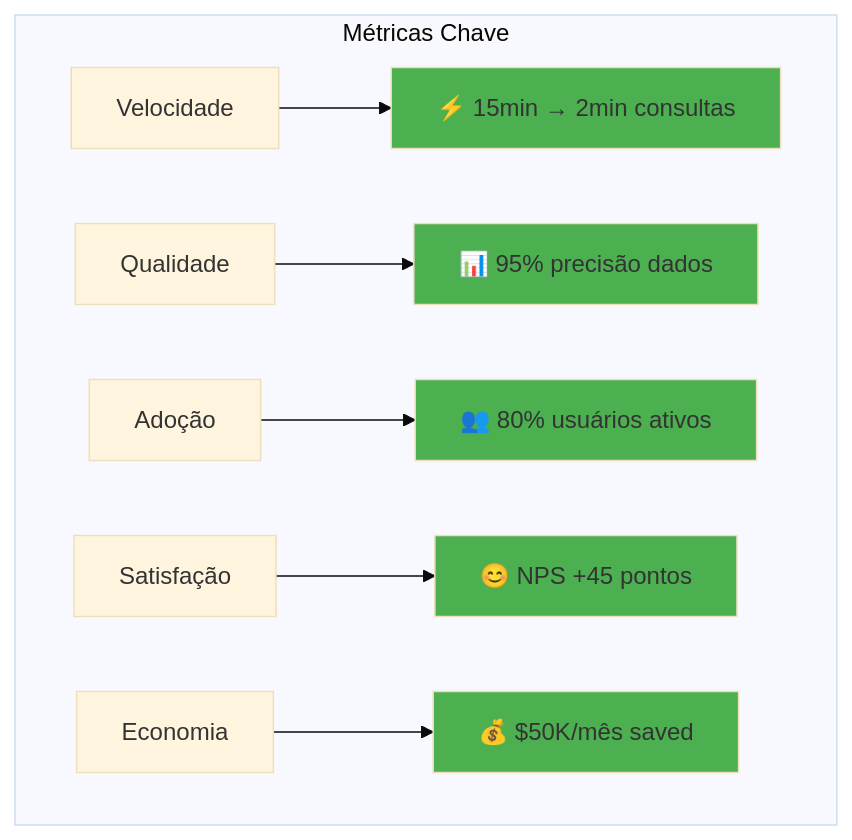
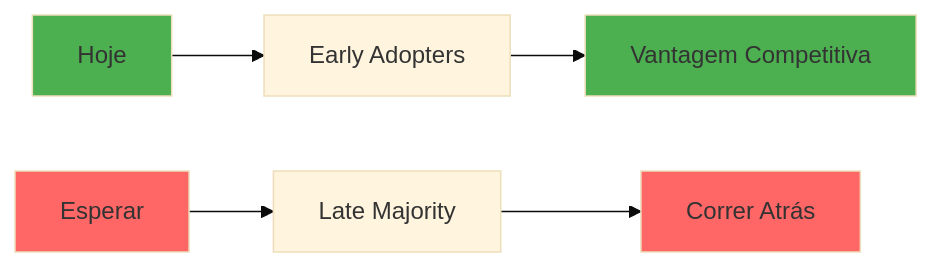
Before and after one commit to felipepimentel/my-public-notes: the tenth of 14 diagrams in AI/Comunicação/MCP/00-mcp-presentation-zero to hero.md, drawn with Mermaid (base theme). The commit also changed other lines of this file, not shown here.

````diff
--- a/AI/Comunicação/MCP/00-mcp-presentation-zero to hero.md
+++ b/AI/Comunicação/MCP/00-mcp-presentation-zero to hero.md
@@ -420,16 +268,13 @@
 ```mermaid
-graph TD
-    subgraph "Métricas Chave"
-        M1[Velocidade] --> V1[⚡ 15min → 2min consultas]
-        M2[Qualidade] --> V2[📊 95% precisão dados]
-        M3[Adoção] --> V3[👥 80% usuários ativos]
-        M4[Satisfação] --> V4[😊 NPS +45 pontos]
-        M5[Economia] --> V5[💰 $50K/mês saved]
-    end
+graph LR
+    TODAY[Hoje] --> EARLY[Early Adopters]
+    EARLY --> ADV[Vantagem Competitiva]
     
-    style V1 fill:#4CAF50
-    style V2 fill:#4CAF50
-    style V3 fill:#4CAF50
-    style V4 fill:#4CAF50
-    style V5 fill:#4CAF50
+    WAIT[Esperar] --> LATE[Late Majority]
+    LATE --> CATCH[Correr Atrás]
+    
+    style TODAY fill:#4CAF50
+    style ADV fill:#4CAF50
+    style WAIT fill:#ff6666
+    style CATCH fill:#ff6666
 ```
````
